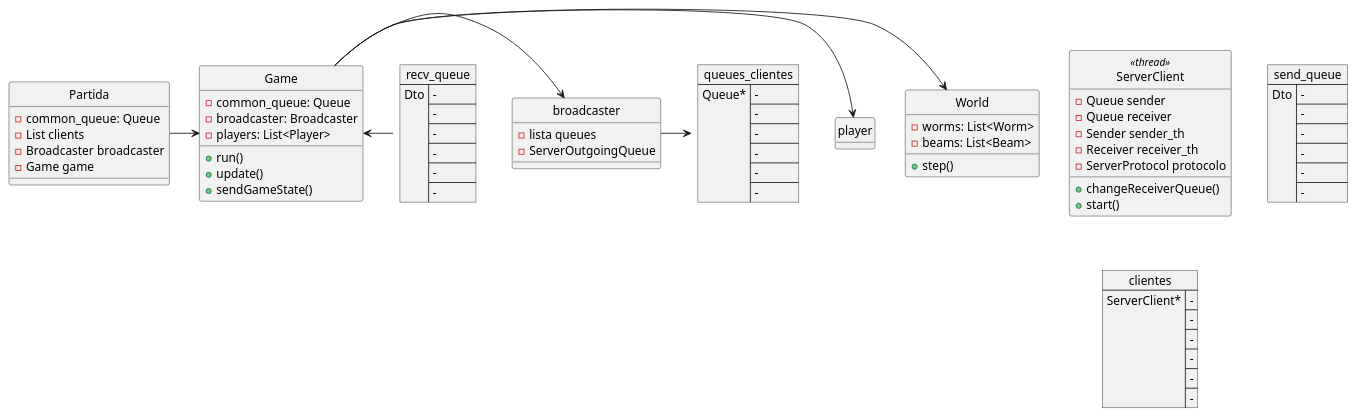
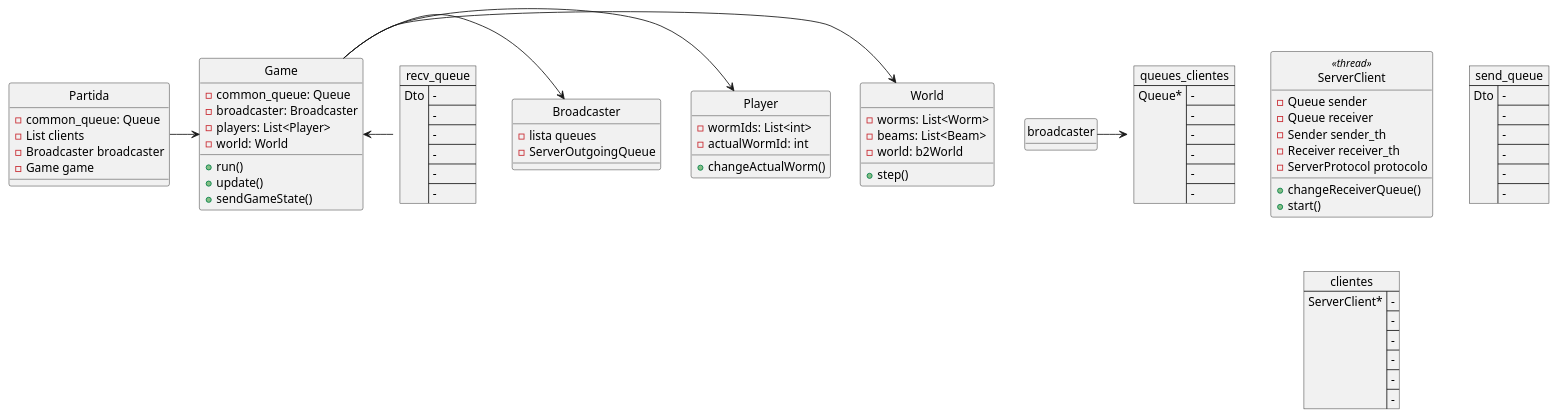
One commit to AlanValdevenito/Worms changed the diagram in documentacion/diagramas/clase/server_game.puml. Above: the diagram before and after it, drawn with PlantUML.

Commit message:
avanzo con el diagrama server_game

```diff
--- a/documentacion/diagramas/clase/server_game.puml
+++ b/documentacion/diagramas/clase/server_game.puml
@@ -1,75 +1,79 @@
-    @startuml
-    hide empty attributes
+@startuml
+hide empty attributes
     hide circle
 
 
    
 
     class ServerClient <<thread>>{
         - Queue sender
         - Queue receiver
         - Sender sender_th
         - Receiver receiver_th
         - ServerProtocol protocolo
         + changeReceiverQueue()
         + start()
     } 
     
     class Partida {
         - common_queue: Queue
         - List clients
         - Broadcaster broadcaster
         - Game game
         
     }
 
 
-    class broadcaster {
+    class Broadcaster {
      - lista queues
      - ServerOutgoingQueue
      }
 
-    class player{}
+    class Player{
+         - wormIds: List<int>
+         - actualWormId: int
+         + changeActualWorm()
+    } 
 
    class Game {
         - common_queue: Queue
         - broadcaster: Broadcaster
         - players: List<Player> 
+        - world: World
         + run()
         + update()
         + sendGameState()
     }
 
     class World {
         - worms: List<Worm>
         - beams: List<Beam>
+        - world: b2World
         + step()
     }
 
 json send_queue {
    "Dto":["-", "-","-", "-","-", "-"]
 }
 
 json recv_queue {
    "Dto":["-", "-","-", "-","-", "-"]
 }
 
 json clientes {
    "ServerClient*":["-", "-","-", "-","-", "-"]
 }
 
 
 json queues_clientes {
    "Queue*":["-", "-","-", "-","-", "-"]
 }
 
 Partida -> Game
 Game -> World
-Game -> player
-Game -> broadcaster
+Game -> Player
+Game -> Broadcaster
 Game <- recv_queue
 
 broadcaster -> queues_clientes
-
-
- @enduml
+@enduml
```
